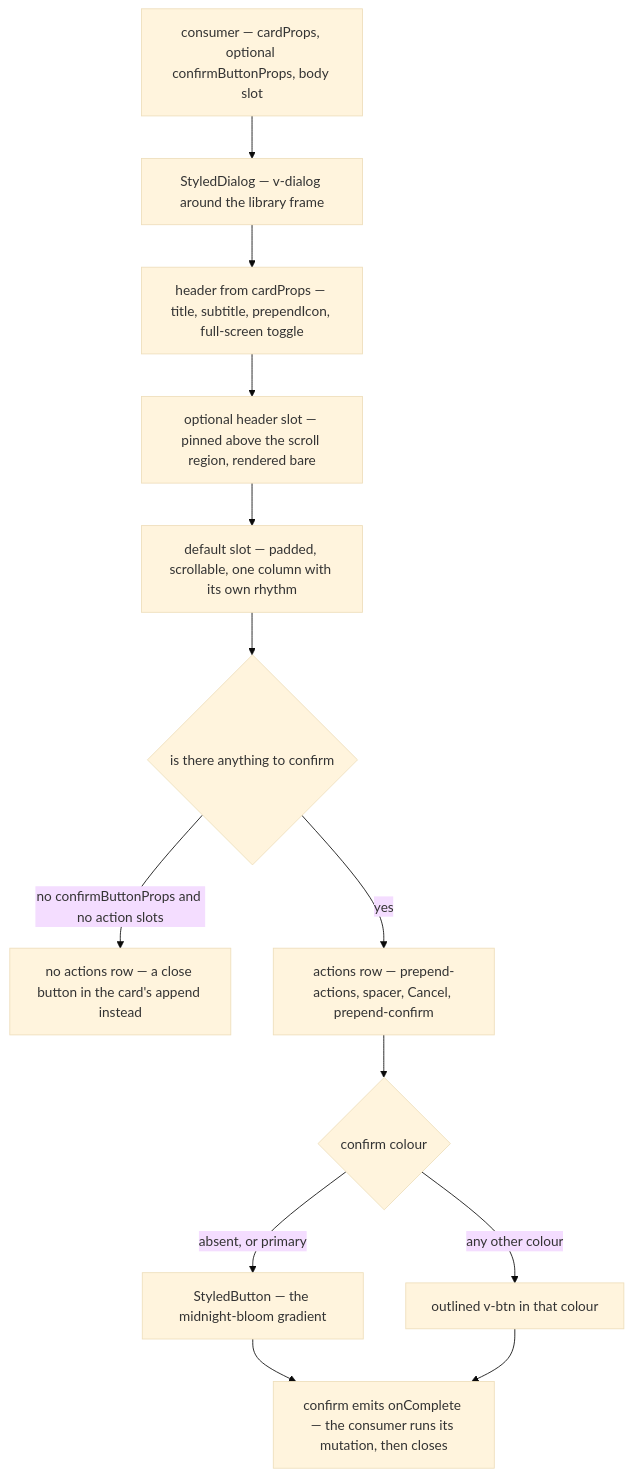
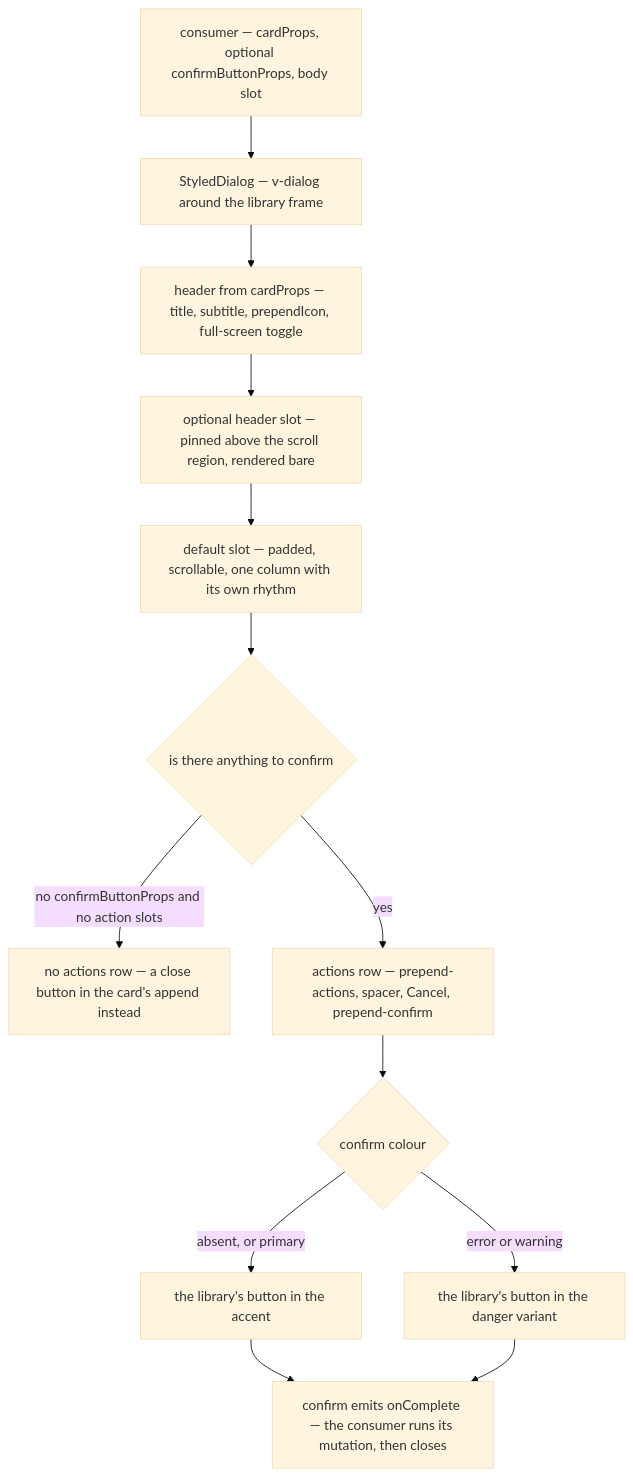
Before and after one commit to Esposter/Esposter: the diagram in apps/web/content/docs/architecture/dialog-shell.md, drawn with Mermaid (base theme). The commit also changed other lines of this file and 27 other files, not shown here.

````diff
--- a/apps/web/content/docs/architecture/dialog-shell.md
+++ b/apps/web/content/docs/architecture/dialog-shell.md
@@ -14,15 +14,15 @@
 ```mermaid
 flowchart TD
   CONSUMER["consumer — cardProps, optional confirmButtonProps, body slot"] --> SHELL["StyledDialog — v-dialog around the library frame"]
   SHELL --> HEADER["header from cardProps — title, subtitle, prependIcon, full-screen toggle"]
   HEADER --> PINNED["optional header slot — pinned above the scroll region, rendered bare"]
   PINNED --> BODY["default slot — padded, scrollable, one column with its own rhythm"]
   BODY --> HASACTIONS{"is there anything to confirm"}
   HASACTIONS -->|"no confirmButtonProps and no action slots"| CLOSE["no actions row — a close button in the card's append instead"]
   HASACTIONS -->|"yes"| ACTIONS["actions row — prepend-actions, spacer, Cancel, prepend-confirm"]
   ACTIONS --> GATE{"confirm colour"}
-  GATE -->|"absent, or primary"| GRADIENT["StyledButton — the midnight-bloom gradient"]
-  GATE -->|"any other colour"| PLAIN["outlined v-btn in that colour"]
-  GRADIENT --> CONFIRM["confirm emits onComplete — the consumer runs its mutation, then closes"]
-  PLAIN --> CONFIRM
+  GATE -->|"absent, or primary"| ACCENT["the library's button in the accent"]
+  GATE -->|"error or warning"| DANGER["the library's button in the danger variant"]
+  ACCENT --> CONFIRM["confirm emits onComplete — the consumer runs its mutation, then closes"]
+  DANGER --> CONFIRM
 ```
````
